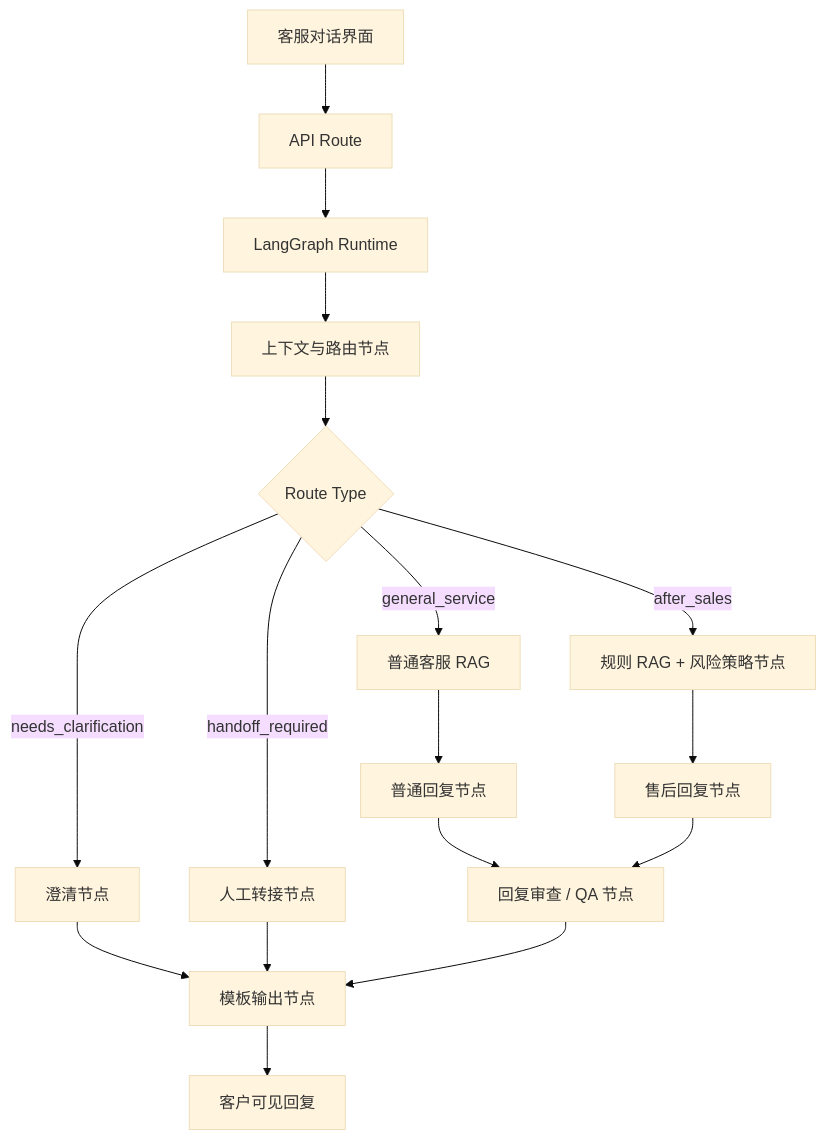
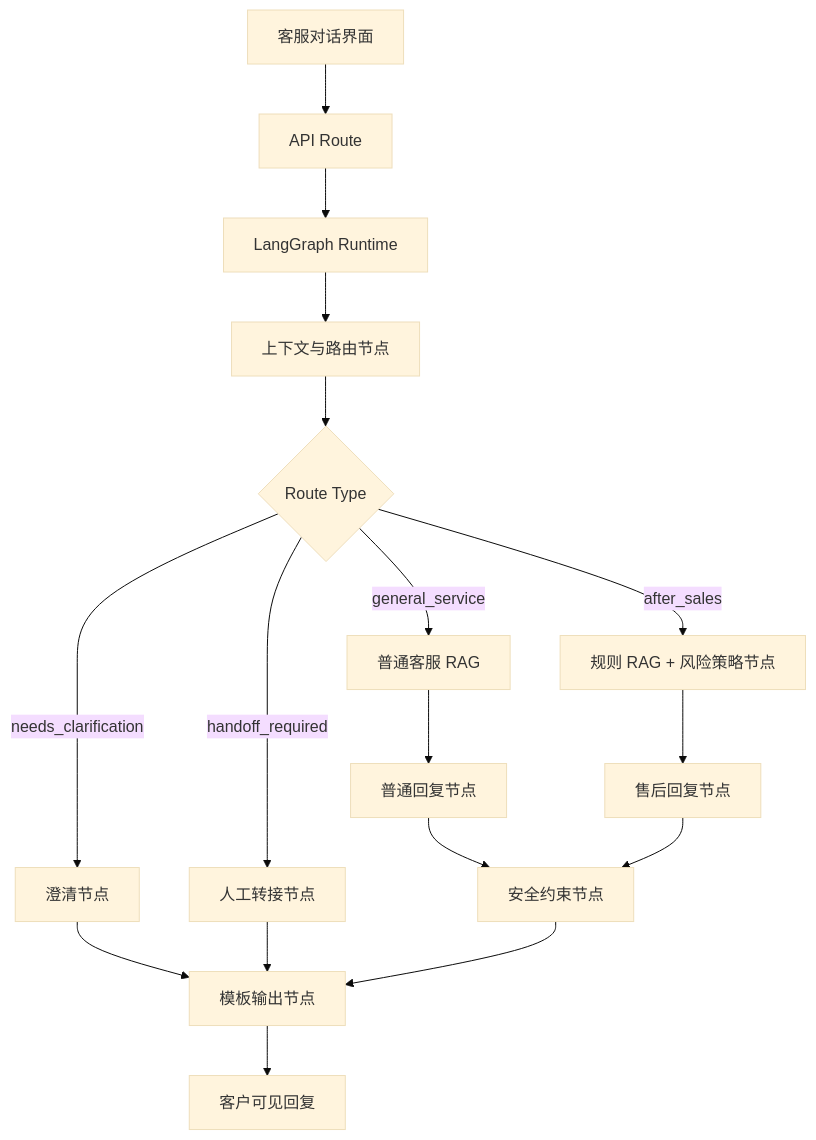
Before and after one commit to yuanze7314/AIRAGproject: the diagram in AI-Powered Customer Service/README.md, drawn with Mermaid (base theme). The commit also changed other lines of this file, not shown here.

````diff
--- a/AI-Powered Customer Service/README.md
+++ b/AI-Powered Customer Service/README.md
@@ -19,19 +19,19 @@
 ```mermaid
 flowchart TD
   A["客服对话界面"] --> B["API Route"]
   B --> C["LangGraph Runtime"]
   C --> D["上下文与路由节点"]
   D --> E{"Route Type"}
   E -->|general_service| F["普通客服 RAG"]
   F --> G["普通回复节点"]
   E -->|after_sales| H["规则 RAG + 风险策略节点"]
   H --> I["售后回复节点"]
   E -->|needs_clarification| J["澄清节点"]
   E -->|handoff_required| K["人工转接节点"]
-  G --> L["回复审查 / QA 节点"]
+  G --> L["安全约束节点"]
   I --> L
   J --> M["模板输出节点"]
   K --> M
   L --> M
   M --> N["客户可见回复"]
 ```
````
